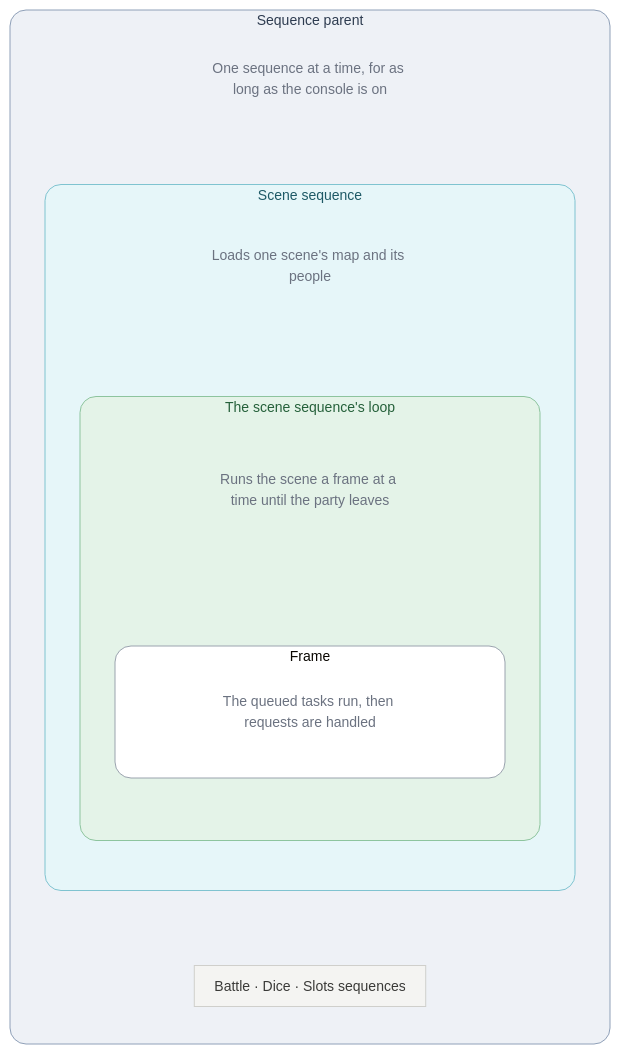
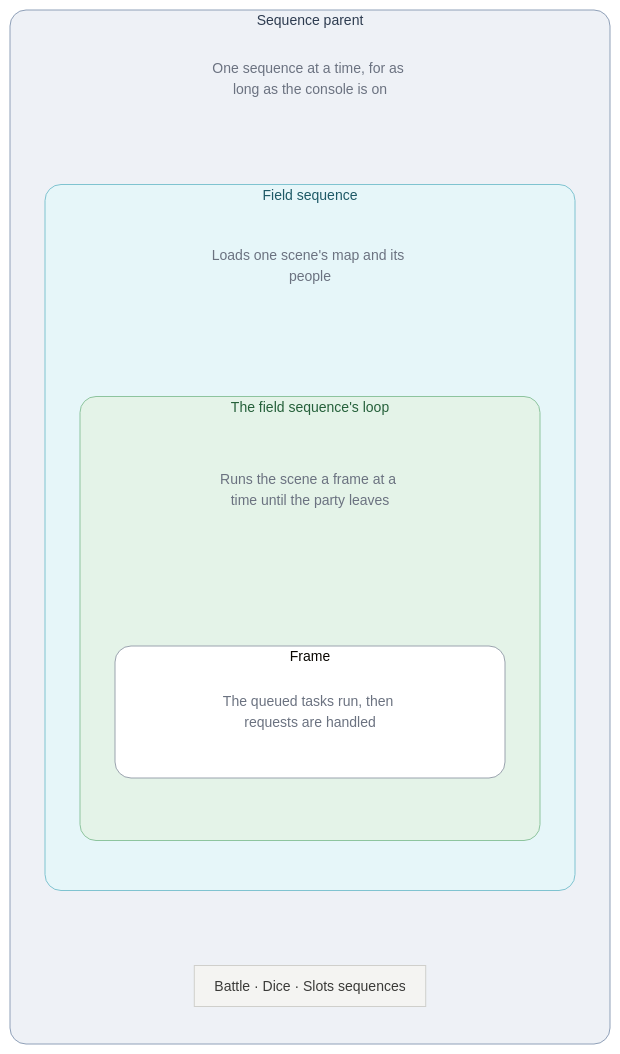
Before and after one commit to PascalPixel/alchemy: the first of 9 diagrams in games/tbs/README.md, drawn with Mermaid. The commit also changed other lines of this file and 72 other files, not shown here.

First line of the commit message:
FieldSequence_Run: the field sequence, from the credits' Field division

````diff
--- a/games/tbs/README.md
+++ b/games/tbs/README.md
@@ -35,33 +35,33 @@
 ```mermaid
 %%{init: {"theme": "base", "themeVariables": {"lineColor": "#9AA3AE", "fontSize": "14px"}, "flowchart": {"padding": 10}}}%%
 flowchart TB
   subgraph seqm ["Sequence parent"]
     direction TB
     c1["One sequence at a time, for as long as the console is on"]
-    subgraph scene ["Scene sequence"]
+    subgraph scene ["Field sequence"]
       direction TB
       c2["Loads one scene's map and its people"]
-      subgraph mgr ["The scene sequence's loop"]
+      subgraph mgr ["The field sequence's loop"]
         direction TB
         c3["Runs the scene a frame at a time until the party leaves"]
         subgraph frame ["Frame"]
           direction LR
           c4["The queued tasks run, then requests are handled"]
         end
       end
     end
     others["Battle · Dice · Slots sequences"]
   end
   c1 ~~~ scene
   c2 ~~~ mgr
   c3 ~~~ frame
   scene ~~~ others
   classDef caption fill:transparent,stroke:transparent,color:#6B7280
   classDef step fill:#F4F4F2,stroke:#CFCFCB,color:#3A3A38
   class c1,c2,c3,c4 caption
   class others step
   style seqm fill:#EEF1F6,stroke:#8FA0B8,color:#2E3C50,rx:16,ry:16
   style scene fill:#E6F6F9,stroke:#7FC3D0,color:#1E5966,rx:16,ry:16
   style mgr fill:#E4F3E8,stroke:#8DC49E,color:#25603A,rx:16,ry:16
   style frame fill:#FFFFFF,stroke:#9AA3AE,rx:16,ry:16
 ```
````
